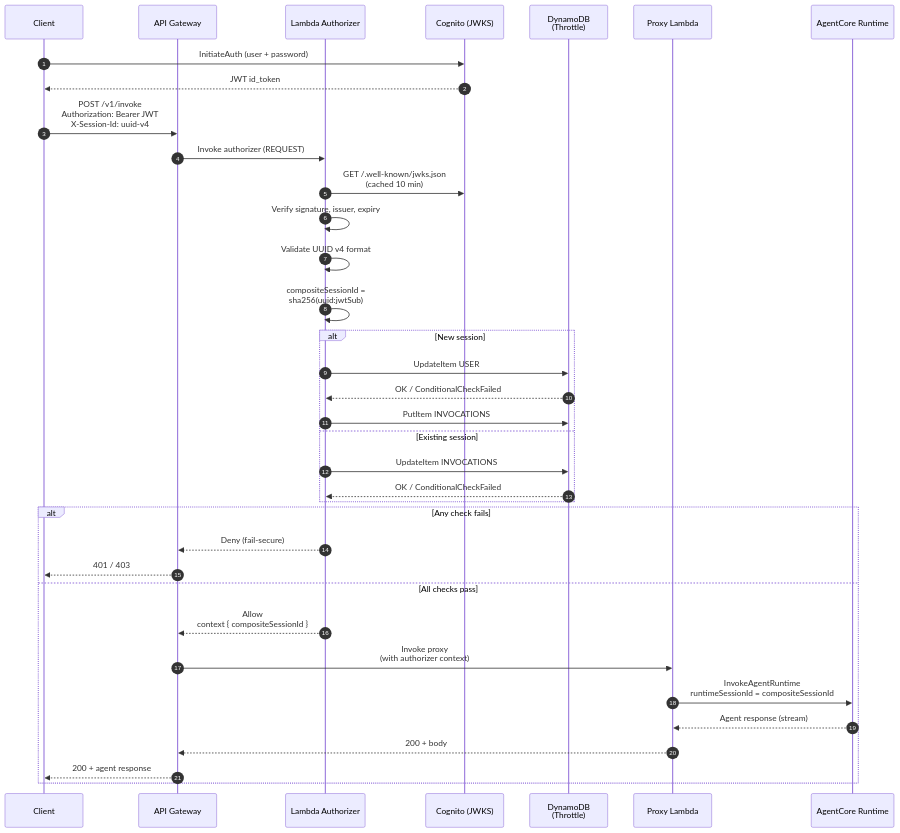
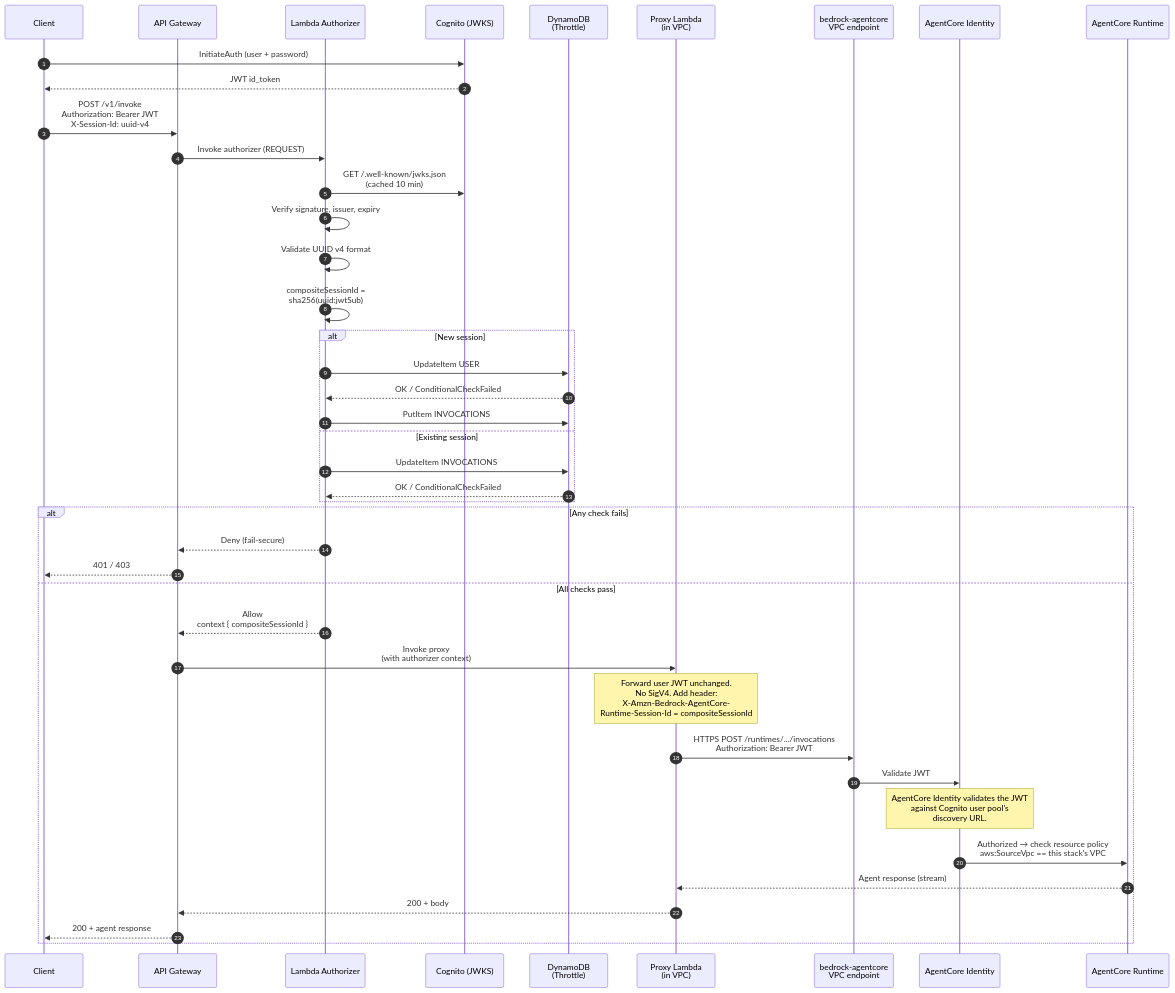
One commit to aws-samples/sample-expose-agentcore-via-api-gateway changed the diagram in README.md. Above: the diagram before and after it, drawn with Mermaid. The commit also changed other lines of this file and 1 other file, not shown here.

First line of the commit message:
Update README and test-agent-direct.ts for OAuth-inbound

````diff
--- a/README.md
+++ b/README.md
@@ -13,42 +13,48 @@
 ```mermaid
 sequenceDiagram
     autonumber
     participant C as Client
     participant G as API Gateway
     participant A as Lambda Authorizer
     participant K as Cognito (JWKS)
     participant D as DynamoDB<br/>(Throttle)
-    participant P as Proxy Lambda
+    participant P as Proxy Lambda<br/>(in VPC)
+    participant V as bedrock-agentcore<br/>VPC endpoint
+    participant I as AgentCore Identity
     participant R as AgentCore Runtime
 
     C->>K: InitiateAuth (user + password)
     K-->>C: JWT id_token
     C->>G: POST /v1/invoke<br/>Authorization: Bearer JWT<br/>X-Session-Id: uuid-v4
     G->>A: Invoke authorizer (REQUEST)
 
     A->>K: GET /.well-known/jwks.json<br/>(cached 10 min)
     A->>A: Verify signature, issuer, expiry
     A->>A: Validate UUID v4 format
     A->>A: compositeSessionId =<br/>sha256(uuid:jwtSub)
 
     alt New session
         A->>D: UpdateItem USER#sub<br/>condition: sessionCount < MAX
         D-->>A: OK / ConditionalCheckFailed
         A->>D: PutItem INVOCATIONS#hash<br/>counter = 1
     else Existing session
         A->>D: UpdateItem INVOCATIONS#hash<br/>condition: invocationCount < MAX
         D-->>A: OK / ConditionalCheckFailed
     end
 
     alt Any check fails
         A-->>G: Deny (fail-secure)
         G-->>C: 401 / 403
     else All checks pass
         A-->>G: Allow<br/>context { compositeSessionId }
         G->>P: Invoke proxy<br/>(with authorizer context)
-        P->>R: InvokeAgentRuntime<br/>runtimeSessionId = compositeSessionId
+        Note over P: Forward user JWT unchanged.<br/>No SigV4. Add header:<br/>X-Amzn-Bedrock-AgentCore-<br/>Runtime-Session-Id = compositeSessionId
+        P->>V: HTTPS POST /runtimes/.../invocations<br/>Authorization: Bearer JWT
+        V->>I: Validate JWT
+        Note over I: AgentCore Identity validates the JWT<br/>against Cognito user pool's<br/>discovery URL.
+        I->>R: Authorized → check resource policy<br/>aws:SourceVpc == this stack's VPC
         R-->>P: Agent response (stream)
         P-->>G: 200 + body
         G-->>C: 200 + agent response
     end
 ```
````
